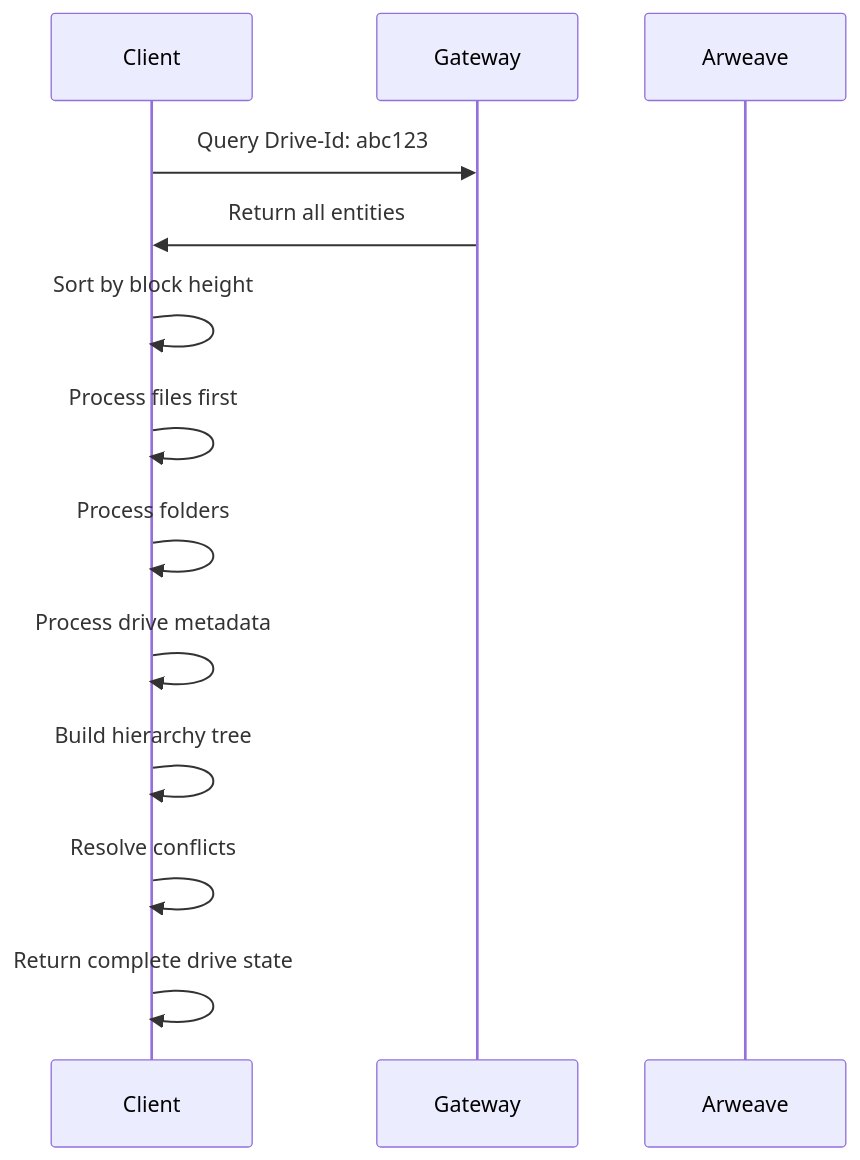
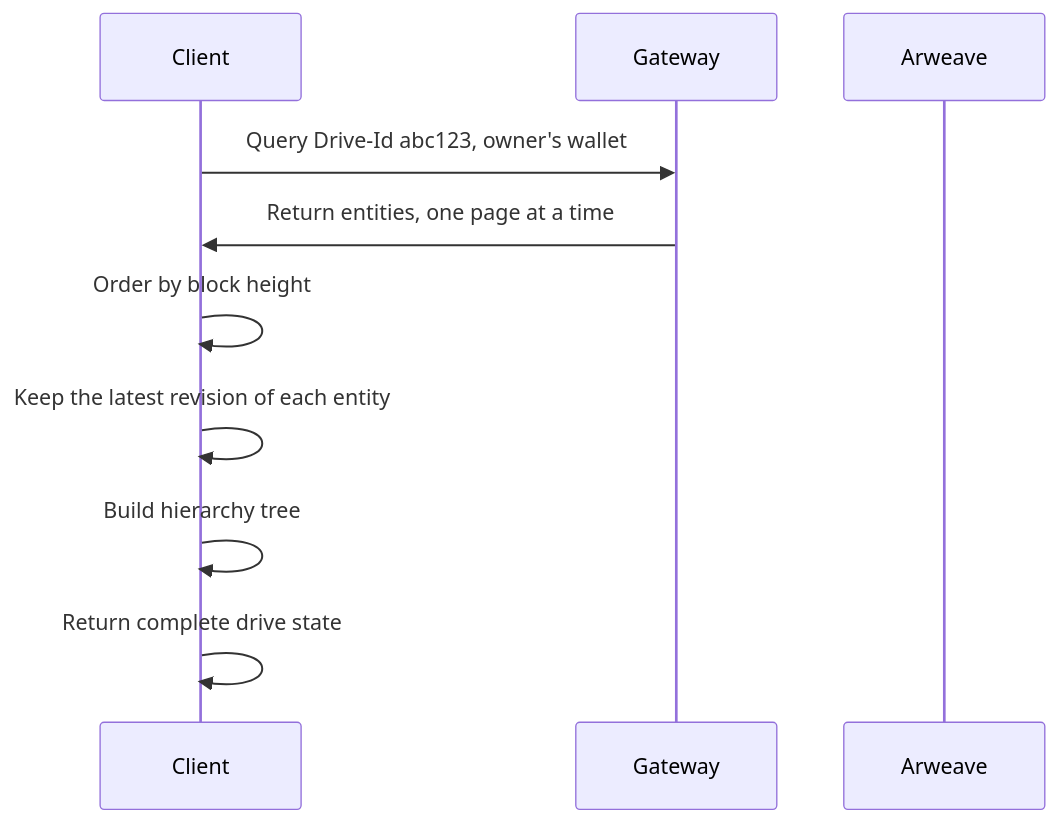
One commit to ar-io/docs changed the second of 2 diagrams in content/build/advanced/arfs/data-model.mdx. Above: the diagram before and after it, drawn with Mermaid. The commit also changed other lines of this file and 6 other files, not shown here.

First line of the commit message:
docs(arfs): queries name the owner, page, and never filter on the ArFS version

````diff
--- a/content/build/advanced/arfs/data-model.mdx
+++ b/content/build/advanced/arfs/data-model.mdx
@@ -105,17 +106,14 @@
 ```mermaid
 sequenceDiagram
     participant Client
     participant Gateway
     participant Arweave
 
-    Client->>Gateway: Query Drive-Id: abc123
-    Gateway->>Client: Return all entities
+    Client->>Gateway: Query Drive-Id abc123, owner's wallet
+    Gateway->>Client: Return entities, one page at a time
 
-    Client->>Client: Sort by block height
-    Client->>Client: Process files first
-    Client->>Client: Process folders
-    Client->>Client: Process drive metadata
+    Client->>Client: Order by block height
+    Client->>Client: Keep the latest revision of each entity
     Client->>Client: Build hierarchy tree
-    Client->>Client: Resolve conflicts
     Client->>Client: Return complete drive state
 ```
````
